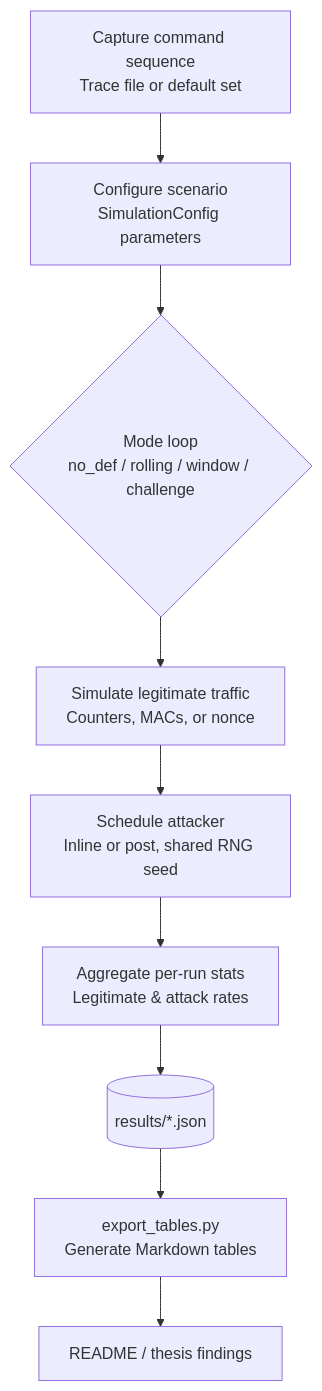
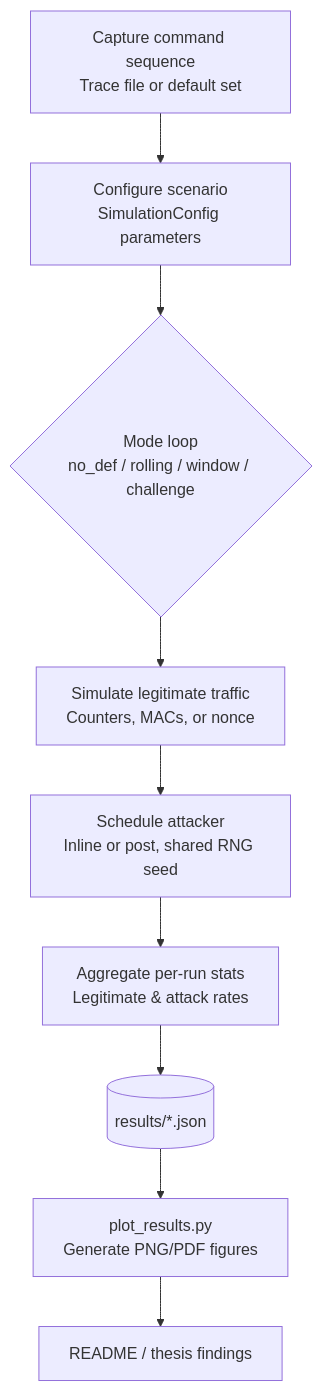
One commit to tammakiiroha/Replay-simulation changed the diagram in README.md. Above: the diagram before and after it, drawn with Mermaid. The commit also changed other lines of this file and 24 other files, not shown here.

````diff
--- a/README.md
+++ b/README.md
@@ -114,14 +121,14 @@
 ```mermaid
 flowchart TD
     A[Capture command sequence<br/>Trace file or default set]
     B[Configure scenario<br/>SimulationConfig parameters]
     C{Mode loop<br/>no_def / rolling / window / challenge}
     D[Simulate legitimate traffic<br/>Counters, MACs, or nonce]
     E[Schedule attacker<br/>Inline or post, shared RNG seed]
     F[Aggregate per-run stats<br/>Legitimate & attack rates]
     G[(results/*.json)]
-    H[export_tables.py<br/>Generate Markdown tables]
+    H[plot_results.py<br/>Generate PNG/PDF figures]
     I[README / thesis findings]
 
     A --> B --> C --> D --> E --> F --> G --> H --> I
 ```
````
